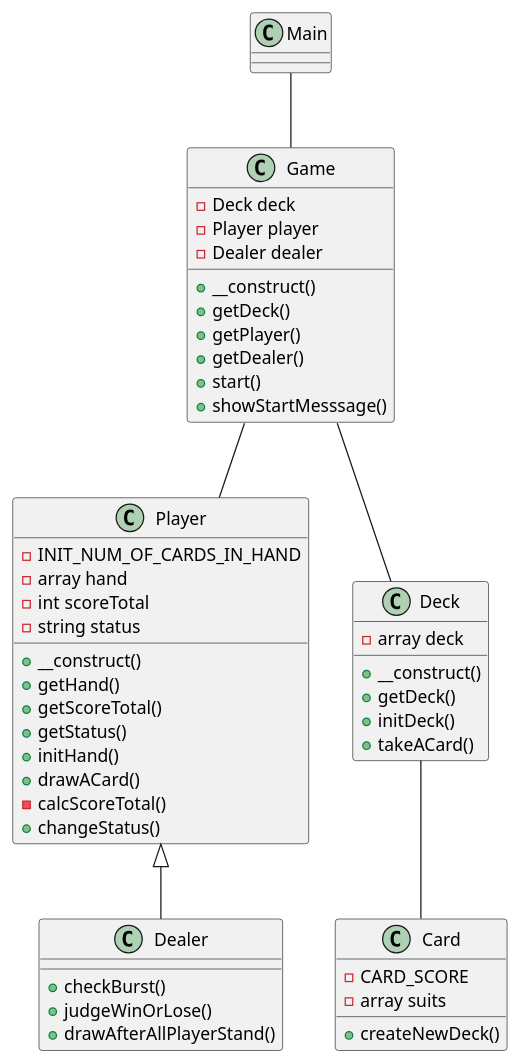
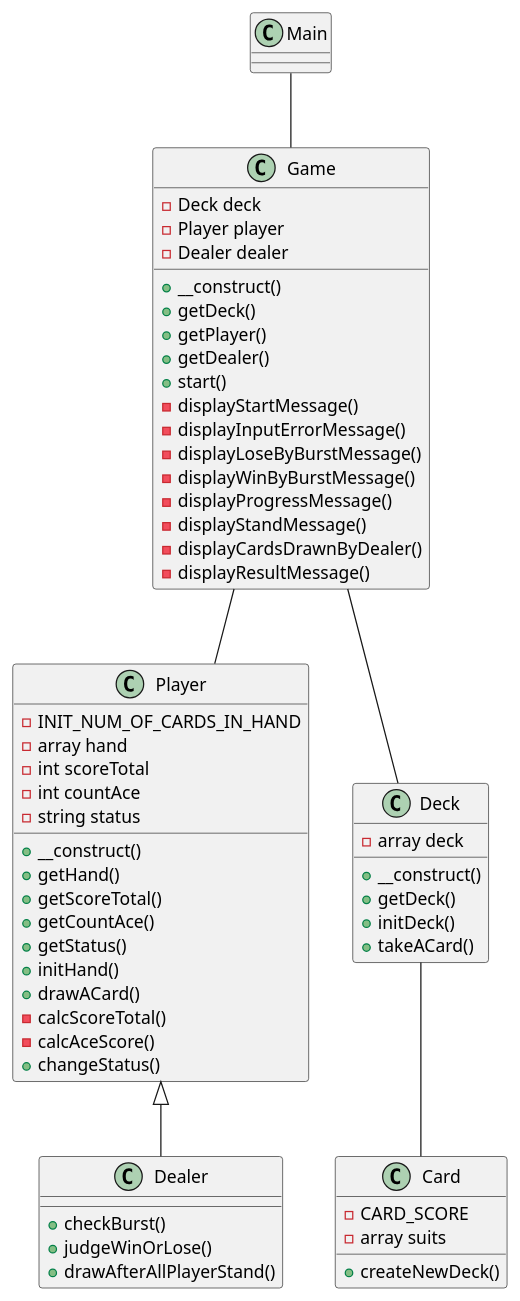
Before and after one commit to ryamate/php-oop-cli-blackjack: the diagram in src/docs/class.plantuml, drawn with PlantUML. The commit also changed 4 other files, not shown here.

```diff
--- a/src/docs/class.plantuml
+++ b/src/docs/class.plantuml
@@ -1,61 +1,71 @@
 @startuml Blackjack
 
 class Main {
 }
 
 class Game {
   -Deck deck
   -Player player
   -Dealer dealer
   +__construct()
   +getDeck()
   +getPlayer()
   +getDealer()
   +start()
-  +showStartMesssage()
+  -displayStartMessage()
+  -displayInputErrorMessage()
+  -displayLoseByBurstMessage()
+  -displayWinByBurstMessage()
+  -displayProgressMessage()
+  -displayStandMessage()
+  -displayCardsDrawnByDealer()
+  -displayResultMessage()
 
 }
 
 class Player {
   -INIT_NUM_OF_CARDS_IN_HAND
   -array hand
   -int scoreTotal
+  -int countAce
   -string status
   +__construct()
   +getHand()
   +getScoreTotal()
+  +getCountAce()
   +getStatus()
   +initHand()
   +drawACard()
   -calcScoreTotal()
+  -calcAceScore()
   +changeStatus()
 }
 
 class Dealer {
   +checkBurst()
   +judgeWinOrLose()
   +drawAfterAllPlayerStand()
 }
 
 class Deck {
   -array deck
   +__construct()
   +getDeck()
   +initDeck()
   +takeACard()
 }
 
 class Card {
   -CARD_SCORE
   -array suits
   +createNewDeck()
 }
 
 Main -- Game
 Game -- Deck
 Game -- Player
 Deck -- Card
 
 Player <|-- Dealer
 
 @enduml
```
